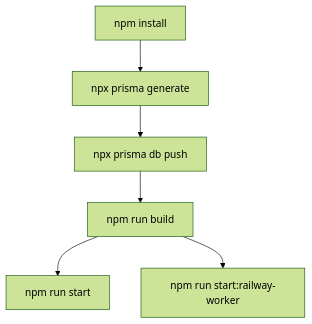
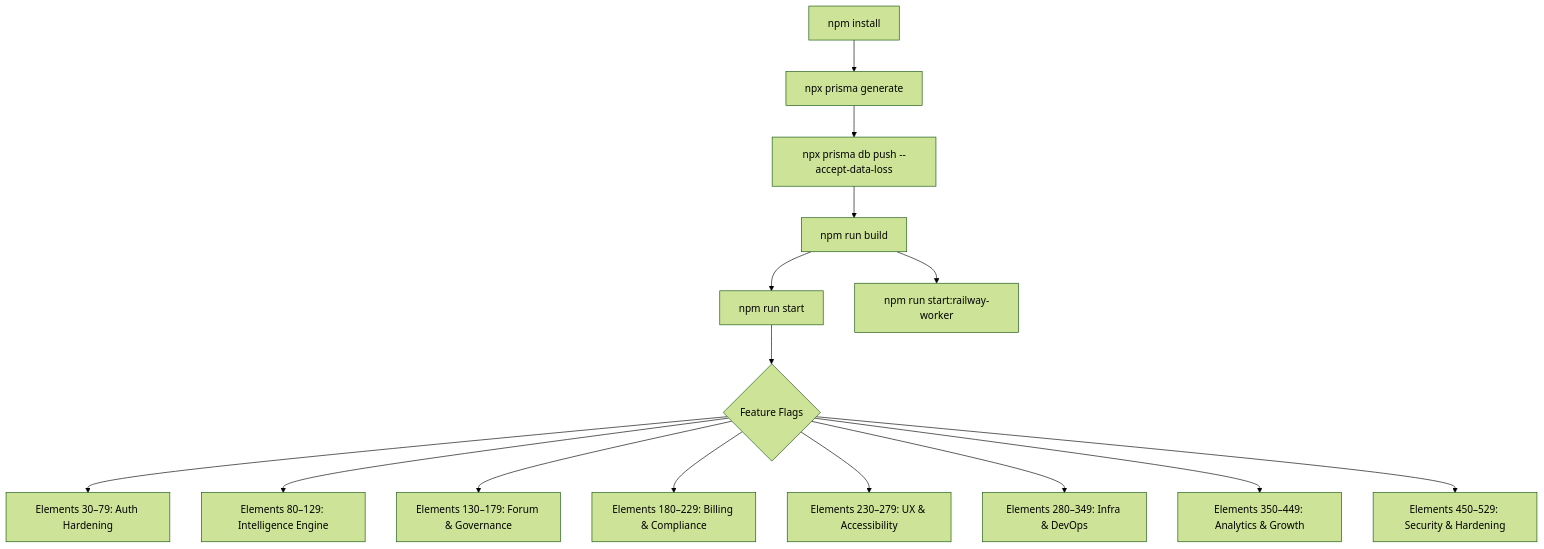
One commit to atfortyseven-creations/whalecosystem changed diagram 30 of 30 in README.md. Above: the diagram before and after it, drawn with Mermaid (forest theme). The commit also changed other lines of this file and 15 other files, not shown here.

````diff
--- a/README.md
+++ b/README.md
@@ -510,8 +628,17 @@
 ```mermaid
 flowchart TD
     A[npm install] --> B[npx prisma generate]
-    B --> C[npx prisma db push]
+    B --> C[npx prisma db push --accept-data-loss]
     C --> D[npm run build]
     D --> E[npm run start]
     D --> F[npm run start:railway-worker]
+    E --> G{Feature Flags}
+    G --> H[Elements 30–79: Auth Hardening]
+    G --> I[Elements 80–129: Intelligence Engine]
+    G --> J[Elements 130–179: Forum & Governance]
+    G --> K[Elements 180–229: Billing & Compliance]
+    G --> L[Elements 230–279: UX & Accessibility]
+    G --> M[Elements 280–349: Infra & DevOps]
+    G --> N[Elements 350–449: Analytics & Growth]
+    G --> O[Elements 450–529: Security & Hardening]
 ```
````
